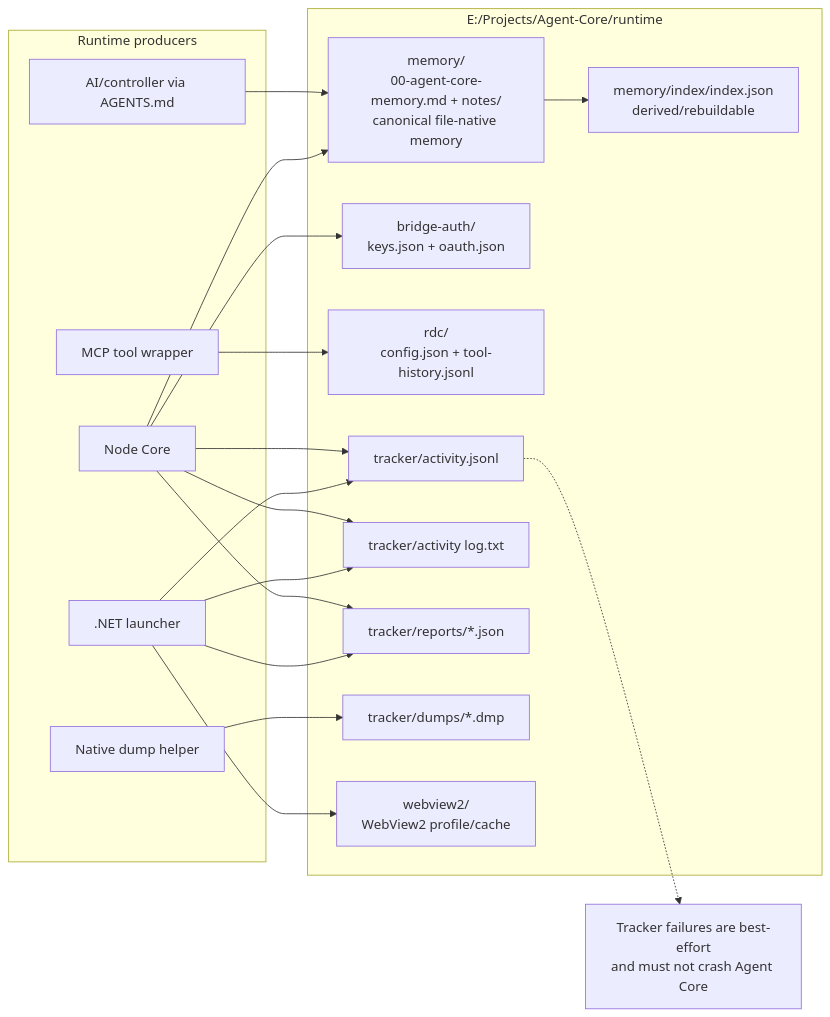
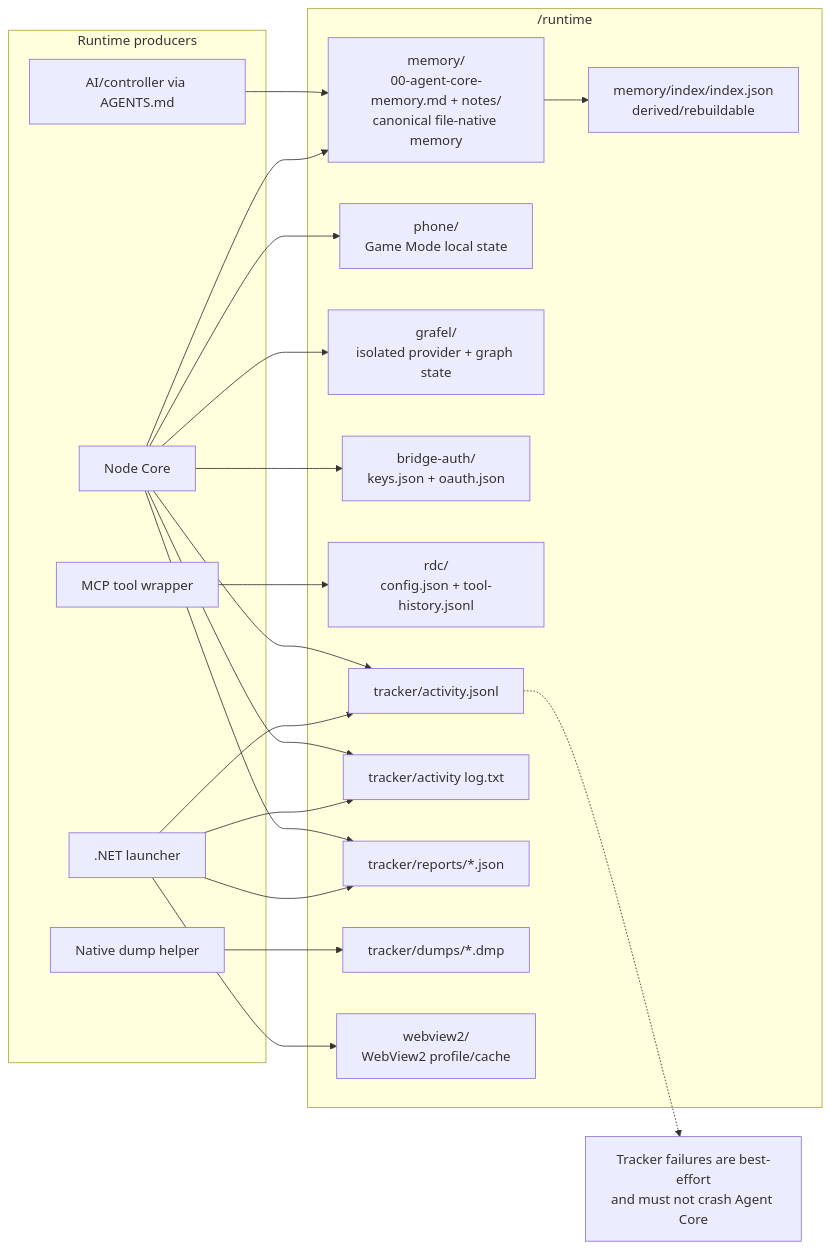
One commit to Black-Project-Agent-Core/Agent-Core changed the fifth of 7 diagrams in docs/CODEBASE.md. Above: the diagram before and after it, drawn with Mermaid. The commit also changed other lines of this file and 816 other files, not shown here.

Commit message:
backup: sync current Agent Core v0.12.0

````diff
--- a/docs/CODEBASE.md
+++ b/docs/CODEBASE.md
@@ -2176,39 +2697,43 @@
 ```mermaid
 flowchart LR
   subgraph PRODUCERS["Runtime producers"]
     NODE["Node Core"]
     MCP["MCP tool wrapper"]
     LAUNCH[".NET launcher"]
     NATIVE["Native dump helper"]
     CTRL["AI/controller via AGENTS.md"]
   end
 
-  subgraph STATE["E:/Projects/Agent-Core/runtime"]
+  subgraph STATE["<PROJECT_ROOT>/runtime"]
     MEM["memory/<br/>00-agent-core-memory.md + notes/<br/>canonical file-native memory"]
     MIDX["memory/index/index.json<br/>derived/rebuildable"]
+    PHONE["phone/<br/>Game Mode local state"]
+    GRAFEL["grafel/<br/>isolated provider + graph state"]
     AUTH["bridge-auth/<br/>keys.json + oauth.json"]
     RDC["rdc/<br/>config.json + tool-history.jsonl"]
     TRACK["tracker/activity.jsonl"]
     TXT["tracker/activity log.txt"]
     REPORT["tracker/reports/*.json"]
     DUMP["tracker/dumps/*.dmp"]
     WV["webview2/<br/>WebView2 profile/cache"]
   end
 
   CTRL --> MEM
   NODE --> MEM
   MEM --> MIDX
+  NODE --> PHONE
+  NODE --> GRAFEL
   NODE --> AUTH
   MCP --> RDC
   NODE --> TRACK
   NODE --> TXT
   NODE --> REPORT
   LAUNCH --> TRACK
   LAUNCH --> TXT
   LAUNCH --> REPORT
   NATIVE --> DUMP
   LAUNCH --> WV
 
   NOTE["Tracker failures are best-effort<br/>and must not crash Agent Core"]
   TRACK -.-> NOTE
 ```
````
